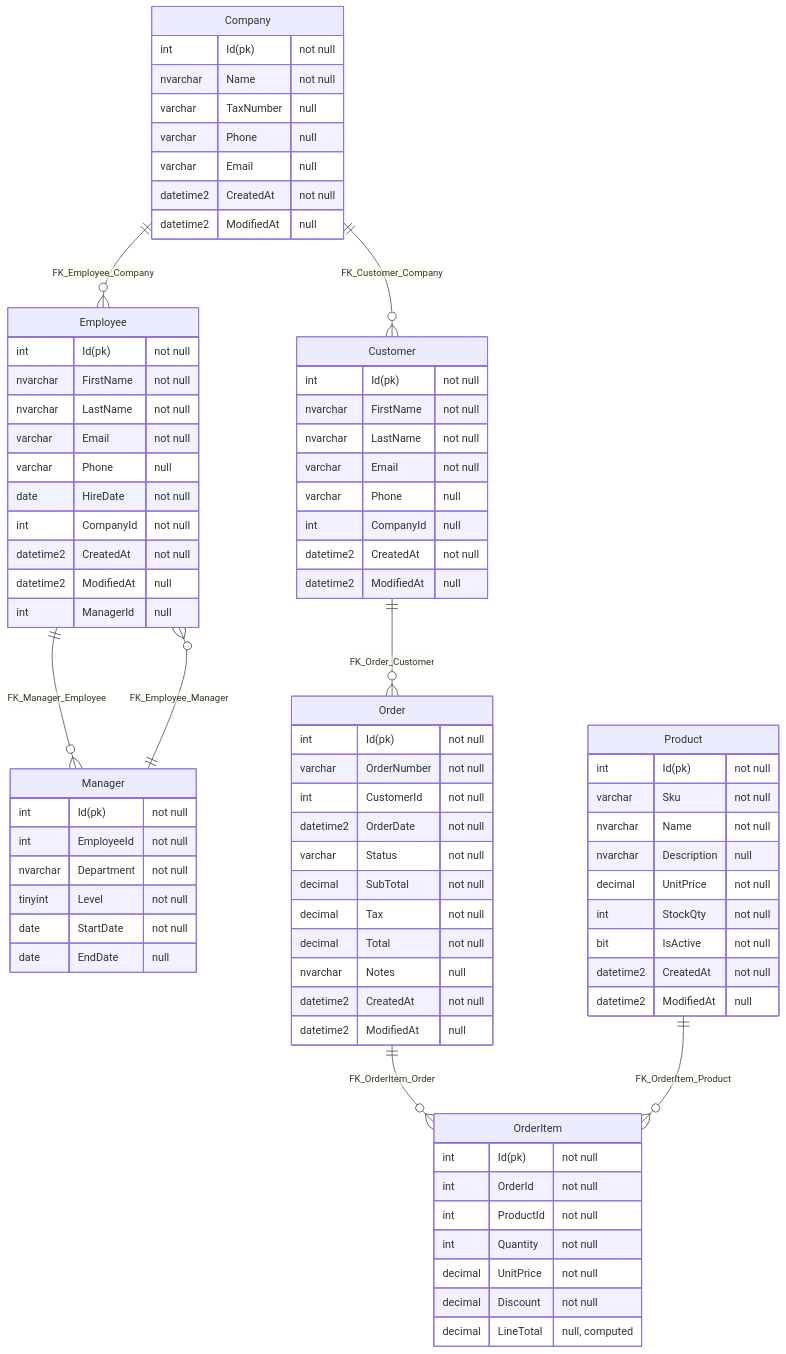
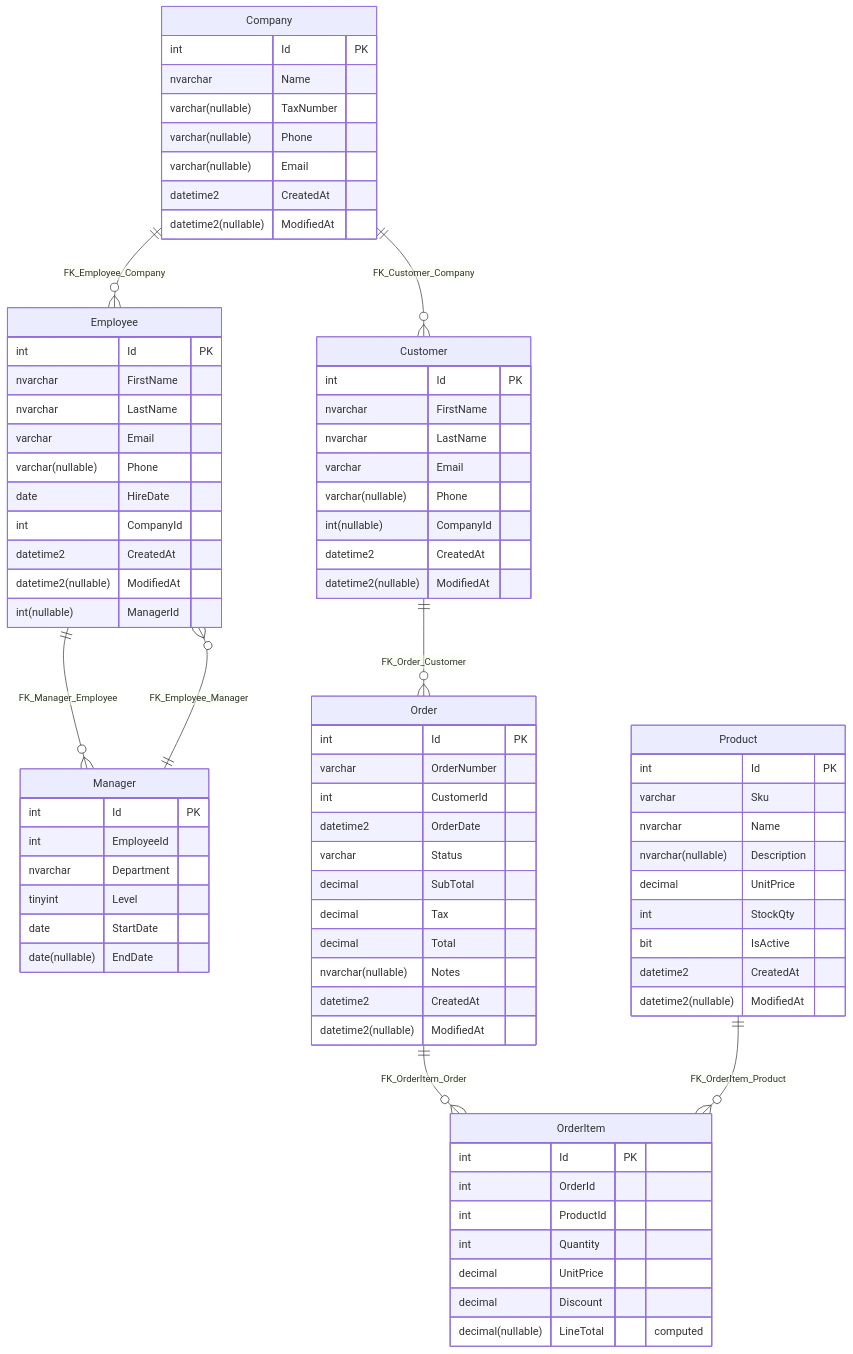
The diagram in src/SqlServerToMermaid.Tests/Tests.RenderMarkdown.verified.md (SimonCropp/DbToMermaid), drawn with Mermaid before and after one commit. The commit also changed 12 other files, not shown here.

````diff
--- a/src/SqlServerToMermaid.Tests/Tests.RenderMarkdown.verified.md
+++ b/src/SqlServerToMermaid.Tests/Tests.RenderMarkdown.verified.md
@@ -2,82 +2,82 @@
 ```mermaid
 erDiagram
   Company {
-    int Id(pk) "not null"
-    nvarchar Name "not null"
-    varchar TaxNumber "null"
-    varchar Phone "null"
-    varchar Email "null"
-    datetime2 CreatedAt "not null"
-    datetime2 ModifiedAt "null"
+    int Id PK
+    nvarchar Name
+    varchar(nullable) TaxNumber
+    varchar(nullable) Phone
+    varchar(nullable) Email
+    datetime2 CreatedAt
+    datetime2(nullable) ModifiedAt
   }
   Customer {
-    int Id(pk) "not null"
-    nvarchar FirstName "not null"
-    nvarchar LastName "not null"
-    varchar Email "not null"
-    varchar Phone "null"
-    int CompanyId "null"
-    datetime2 CreatedAt "not null"
-    datetime2 ModifiedAt "null"
+    int Id PK
+    nvarchar FirstName
+    nvarchar LastName
+    varchar Email
+    varchar(nullable) Phone
+    int(nullable) CompanyId
+    datetime2 CreatedAt
+    datetime2(nullable) ModifiedAt
   }
   Employee {
-    int Id(pk) "not null"
-    nvarchar FirstName "not null"
-    nvarchar LastName "not null"
-    varchar Email "not null"
-    varchar Phone "null"
-    date HireDate "not null"
-    int CompanyId "not null"
-    datetime2 CreatedAt "not null"
-    datetime2 ModifiedAt "null"
-    int ManagerId "null"
+    int Id PK
+    nvarchar FirstName
+    nvarchar LastName
+    varchar Email
+    varchar(nullable) Phone
+    date HireDate
+    int CompanyId
+    datetime2 CreatedAt
+    datetime2(nullable) ModifiedAt
+    int(nullable) ManagerId
   }
   Manager {
-    int Id(pk) "not null"
-    int EmployeeId "not null"
-    nvarchar Department "not null"
-    tinyint Level "not null"
-    date StartDate "not null"
-    date EndDate "null"
+    int Id PK
+    int EmployeeId
+    nvarchar Department
+    tinyint Level
+    date StartDate
+    date(nullable) EndDate
   }
   Order {
-    int Id(pk) "not null"
-    varchar OrderNumber "not null"
-    int CustomerId "not null"
-    datetime2 OrderDate "not null"
-    varchar Status "not null"
-    decimal SubTotal "not null"
-    decimal Tax "not null"
-    decimal Total "not null"
-    nvarchar Notes "null"
-    datetime2 CreatedAt "not null"
-    datetime2 ModifiedAt "null"
+    int Id PK
+    varchar OrderNumber
+    int CustomerId
+    datetime2 OrderDate
+    varchar Status
+    decimal SubTotal
+    decimal Tax
+    decimal Total
+    nvarchar(nullable) Notes
+    datetime2 CreatedAt
+    datetime2(nullable) ModifiedAt
   }
   OrderItem {
-    int Id(pk) "not null"
-    int OrderId "not null"
-    int ProductId "not null"
-    int Quantity "not null"
-    decimal UnitPrice "not null"
-    decimal Discount "not null"
-    decimal LineTotal "null, computed"
+    int Id PK
+    int OrderId
+    int ProductId
+    int Quantity
+    decimal UnitPrice
+    decimal Discount
+    decimal(nullable) LineTotal "computed"
   }
   Product {
-    int Id(pk) "not null"
-    varchar Sku "not null"
-    nvarchar Name "not null"
-    nvarchar Description "null"
-    decimal UnitPrice "not null"
-    int StockQty "not null"
-    bit IsActive "not null"
-    datetime2 CreatedAt "not null"
-    datetime2 ModifiedAt "null"
+    int Id PK
+    varchar Sku
+    nvarchar Name
+    nvarchar(nullable) Description
+    decimal UnitPrice
+    int StockQty
+    bit IsActive
+    datetime2 CreatedAt
+    datetime2(nullable) ModifiedAt
   }
   Company ||--o{ Customer : "FK_Customer_Company"
   Company ||--o{ Employee : "FK_Employee_Company"
   Customer ||--o{ Order : "FK_Order_Customer"
   Employee ||--o{ Manager : "FK_Manager_Employee"
   Manager ||--o{ Employee : "FK_Employee_Manager"
   Order ||--o{ OrderItem : "FK_OrderItem_Order"
   Product ||--o{ OrderItem : "FK_OrderItem_Product"
 ```
````
